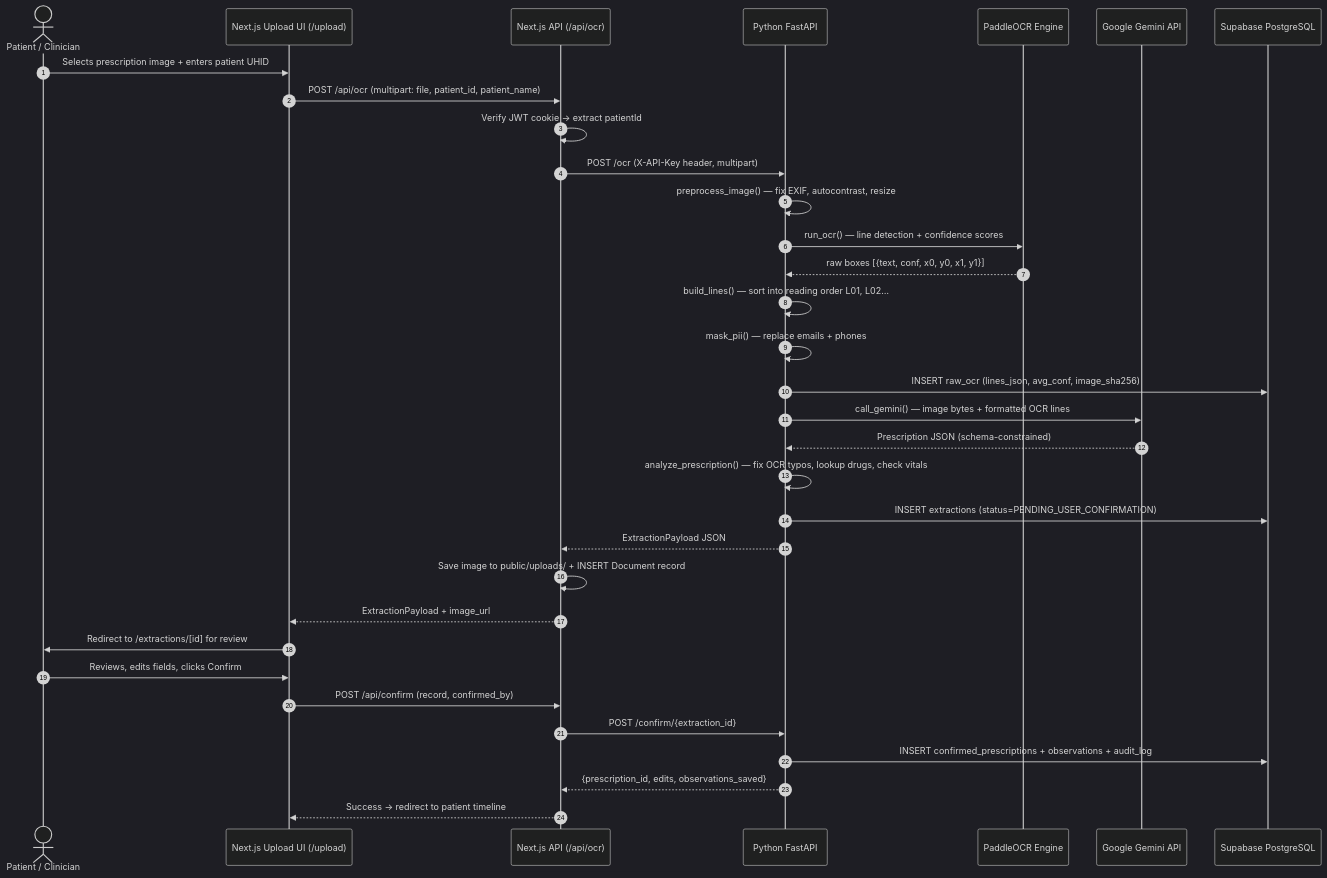
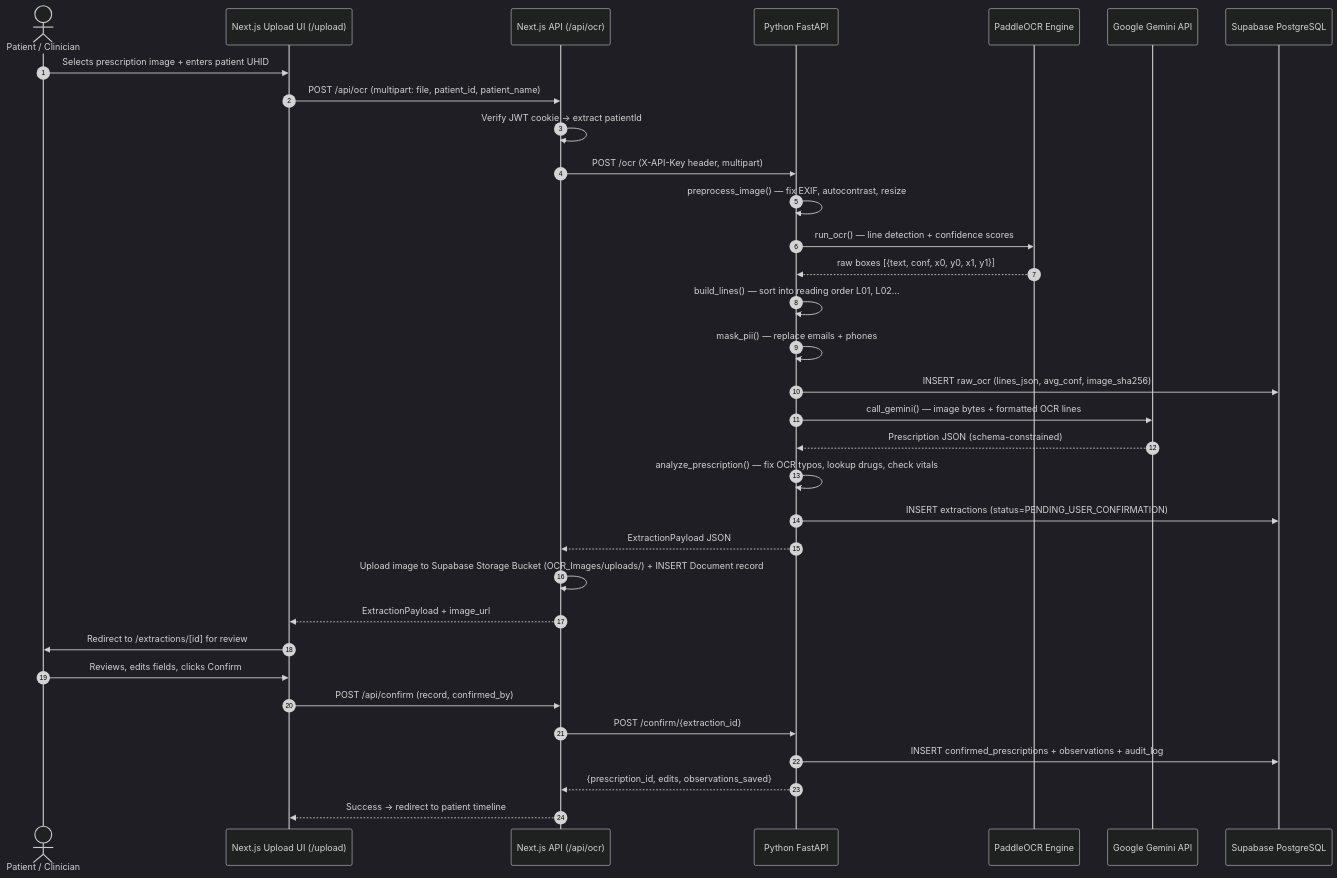
The diagram in docs/03_PIPELINE_SPEC.md (Aryan22N/PharmaBrain-), drawn with Mermaid (dark theme) before and after one commit. The commit also changed 7 other files, not shown here.

Commit message:
docs: update system documentation with Supabase Storage Cloud Bucket migration details

````diff
--- a/docs/03_PIPELINE_SPEC.md
+++ b/docs/03_PIPELINE_SPEC.md
@@ -13,37 +13,37 @@
 ```mermaid
 sequenceDiagram
     autonumber
     actor User as Patient / Clinician
     participant UI as Next.js Upload UI (/upload)
     participant NextAPI as Next.js API (/api/ocr)
     participant PyAPI as Python FastAPI
     participant OCR as PaddleOCR Engine
     participant LLM as Google Gemini API
     participant DB as Supabase PostgreSQL
 
     User->>UI: Selects prescription image + enters patient UHID
     UI->>NextAPI: POST /api/ocr (multipart: file, patient_id, patient_name)
     NextAPI->>NextAPI: Verify JWT cookie → extract patientId
     NextAPI->>PyAPI: POST /ocr (X-API-Key header, multipart)
     PyAPI->>PyAPI: preprocess_image() — fix EXIF, autocontrast, resize
     PyAPI->>OCR: run_ocr() — line detection + confidence scores
     OCR-->>PyAPI: raw boxes [{text, conf, x0, y0, x1, y1}]
     PyAPI->>PyAPI: build_lines() — sort into reading order L01, L02…
     PyAPI->>PyAPI: mask_pii() — replace emails + phones
     PyAPI->>DB: INSERT raw_ocr (lines_json, avg_conf, image_sha256)
     PyAPI->>LLM: call_gemini() — image bytes + formatted OCR lines
     LLM-->>PyAPI: Prescription JSON (schema-constrained)
     PyAPI->>PyAPI: analyze_prescription() — fix OCR typos, lookup drugs, check vitals
     PyAPI->>DB: INSERT extractions (status=PENDING_USER_CONFIRMATION)
     PyAPI-->>NextAPI: ExtractionPayload JSON
-    NextAPI->>NextAPI: Save image to public/uploads/ + INSERT Document record
+    NextAPI->>NextAPI: Upload image to Supabase Storage Bucket (OCR_Images/uploads/) + INSERT Document record
     NextAPI-->>UI: ExtractionPayload + image_url
     UI->>User: Redirect to /extractions/[id] for review
 
     User->>UI: Reviews, edits fields, clicks Confirm
     UI->>NextAPI: POST /api/confirm (record, confirmed_by)
     NextAPI->>PyAPI: POST /confirm/{extraction_id}
     PyAPI->>DB: INSERT confirmed_prescriptions + observations + audit_log
     PyAPI-->>NextAPI: {prescription_id, edits, observations_saved}
     NextAPI-->>UI: Success → redirect to patient timeline
 ```
````
